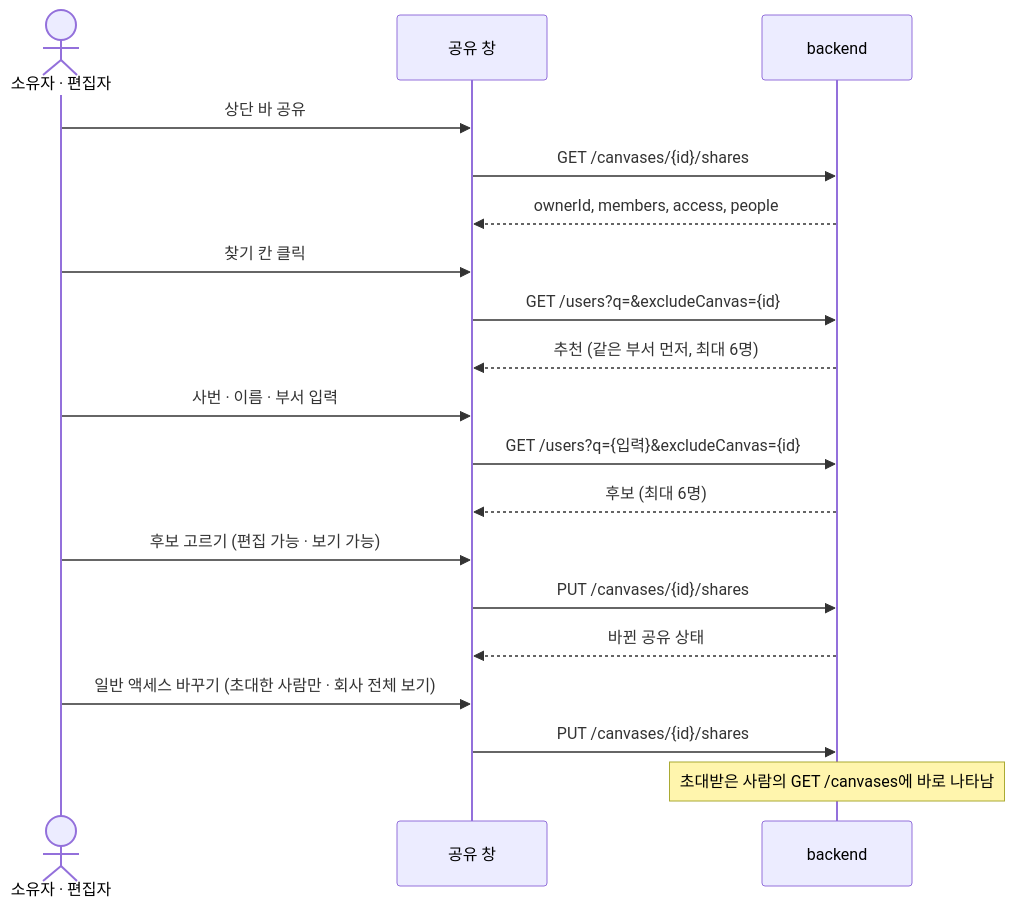
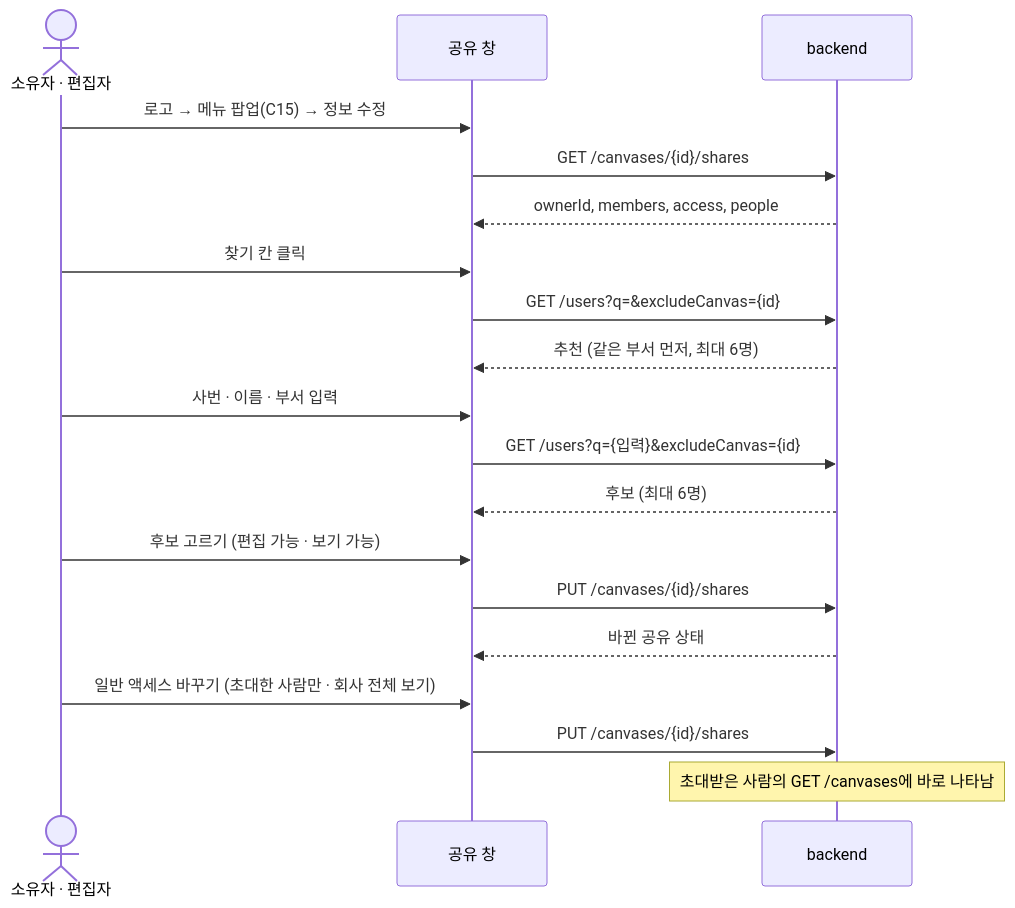
Before and after one commit to vamos-team/telescope: the third of 7 diagrams in docs/frontend/api-diagram.md, drawn with Mermaid. The commit also changed other lines of this file and 6 other files, not shown here.

````diff
--- a/docs/frontend/api-diagram.md
+++ b/docs/frontend/api-diagram.md
@@ -81,22 +81,22 @@
 ```mermaid
 sequenceDiagram
   actor U as 소유자 · 편집자
   participant F as 공유 창
   participant B as backend
 
-  U->>F: 상단 바 공유
+  U->>F: 로고 → 메뉴 팝업(C15) → 정보 수정
   F->>B: GET /canvases/{id}/shares
   B-->>F: ownerId, members, access, people
   U->>F: 찾기 칸 클릭
   F->>B: GET /users?q=&excludeCanvas={id}
   B-->>F: 추천 (같은 부서 먼저, 최대 6명)
   U->>F: 사번 · 이름 · 부서 입력
   F->>B: GET /users?q={입력}&excludeCanvas={id}
   B-->>F: 후보 (최대 6명)
   U->>F: 후보 고르기 (편집 가능 · 보기 가능)
   F->>B: PUT /canvases/{id}/shares
   B-->>F: 바뀐 공유 상태
   U->>F: 일반 액세스 바꾸기 (초대한 사람만 · 회사 전체 보기)
   F->>B: PUT /canvases/{id}/shares
   Note over B: 초대받은 사람의 GET /canvases에 바로 나타남
 ```
````
